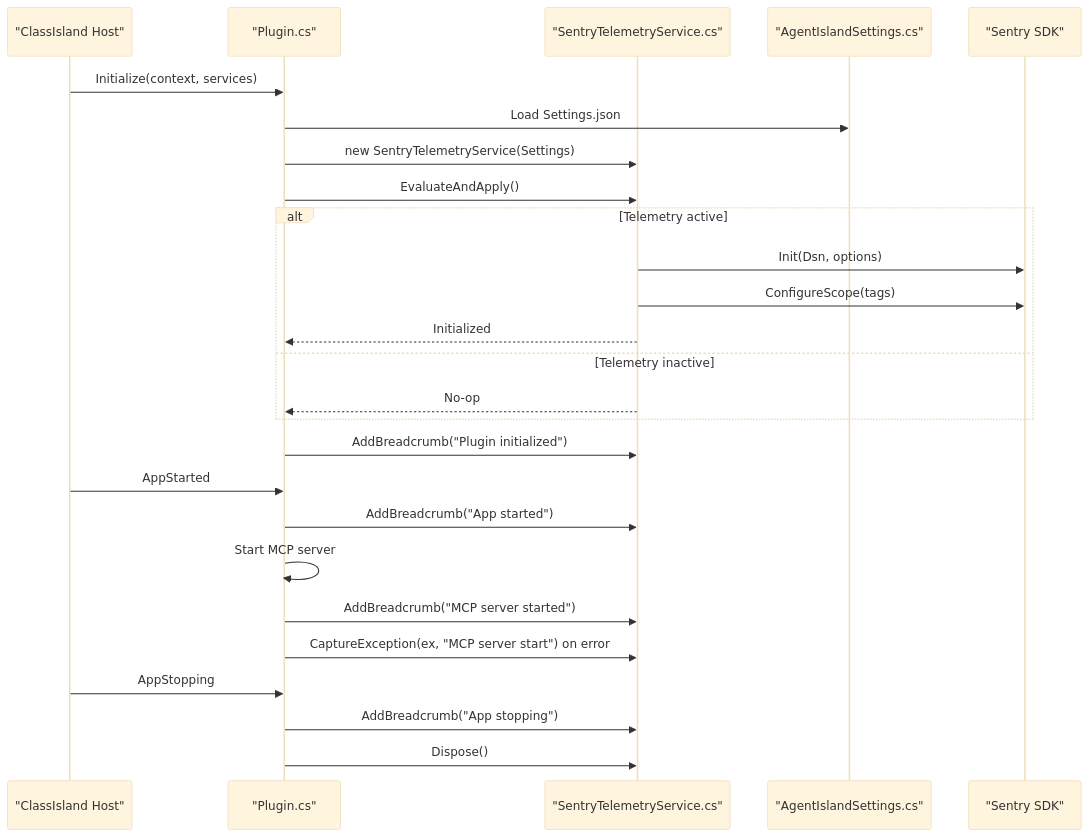
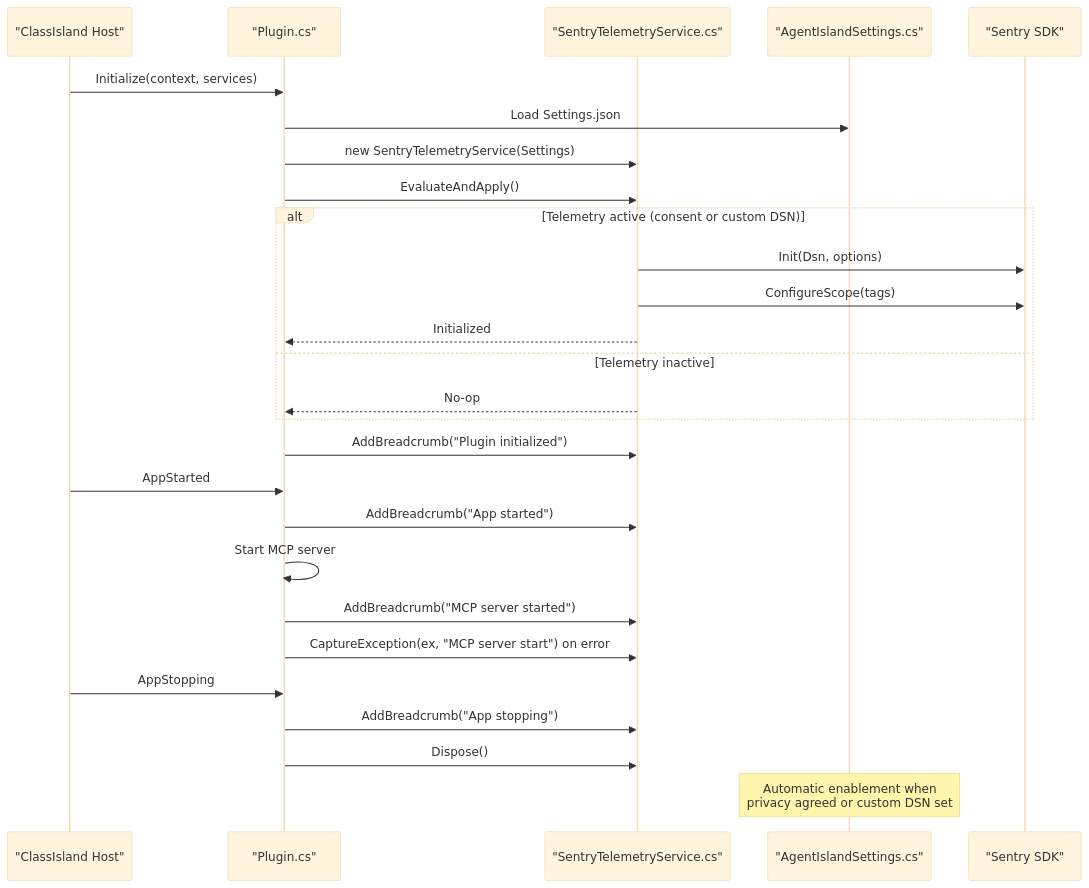
The second of 5 diagrams in .qoder/repowiki/en/content/Telemetry and Monitoring.md (ShihaoShenDev/AgentIsland), drawn with Mermaid (base theme) before and after one commit. The commit also changed other lines of this file and 54 other files, not shown here.

Commit message:
docs: restructure repowiki docs, add overview/settings pages, refresh telemetry docs and build scripts

````diff
--- a/.qoder/repowiki/en/content/Telemetry and Monitoring.md
+++ b/.qoder/repowiki/en/content/Telemetry and Monitoring.md
@@ -94,28 +104,29 @@
 ```mermaid
 sequenceDiagram
 participant Host as "ClassIsland Host"
 participant Plugin as "Plugin.cs"
 participant Telemetry as "SentryTelemetryService.cs"
 participant Settings as "AgentIslandSettings.cs"
 participant Sentry as "Sentry SDK"
 Host->>Plugin : Initialize(context, services)
 Plugin->>Settings : Load Settings.json
 Plugin->>Telemetry : new SentryTelemetryService(Settings)
 Plugin->>Telemetry : EvaluateAndApply()
-alt Telemetry active
+alt Telemetry active (consent or custom DSN)
 Telemetry->>Sentry : Init(Dsn, options)
 Telemetry->>Sentry : ConfigureScope(tags)
 Telemetry-->>Plugin : Initialized
 else Telemetry inactive
 Telemetry-->>Plugin : No-op
 end
 Plugin->>Telemetry : AddBreadcrumb("Plugin initialized")
 Host->>Plugin : AppStarted
 Plugin->>Telemetry : AddBreadcrumb("App started")
 Plugin->>Plugin : Start MCP server
 Plugin->>Telemetry : AddBreadcrumb("MCP server started")
 Plugin->>Telemetry : CaptureException(ex, "MCP server start") on error
 Host->>Plugin : AppStopping
 Plugin->>Telemetry : AddBreadcrumb("App stopping")
 Plugin->>Telemetry : Dispose()
+Note over Settings : Automatic enablement when<br/>privacy agreed or custom DSN set
 ```
````
